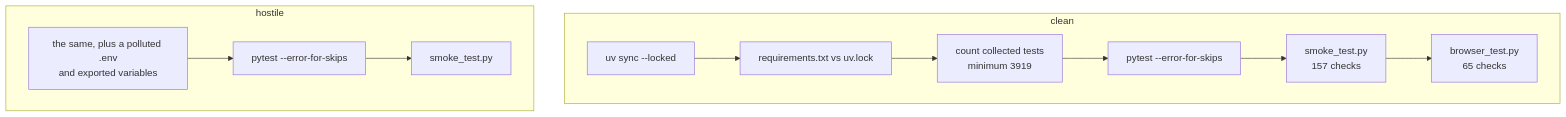
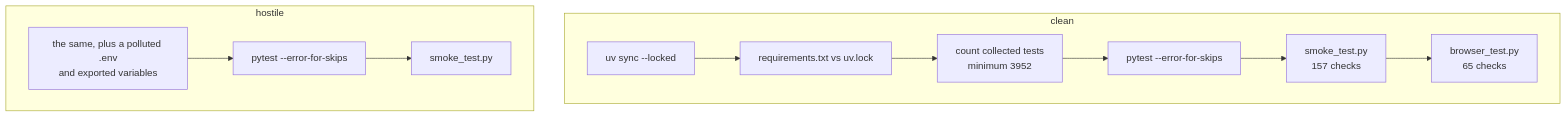
Before and after one commit to IAMN1/link-shortener: the diagram in docs/testing.md, drawn with Mermaid. The commit also changed other lines of this file and 42 other files, not shown here.

````diff
--- a/docs/testing.md
+++ b/docs/testing.md
@@ -409,12 +409,12 @@
 ```mermaid
 flowchart TD
     subgraph clean["clean"]
         C1[uv sync --locked] --> C2[requirements.txt vs uv.lock]
-        C2 --> C3[count collected tests<br/>minimum 3919] --> C4[pytest --error-for-skips]
+        C2 --> C3[count collected tests<br/>minimum 3952] --> C4[pytest --error-for-skips]
         C4 --> C5[smoke_test.py<br/>157 checks] --> C6[browser_test.py<br/>65 checks]
     end
     subgraph hostile["hostile"]
         H1[the same, plus a polluted .env<br/>and exported variables] --> H2[pytest --error-for-skips]
         H2 --> H3[smoke_test.py]
     end
 ```
````
